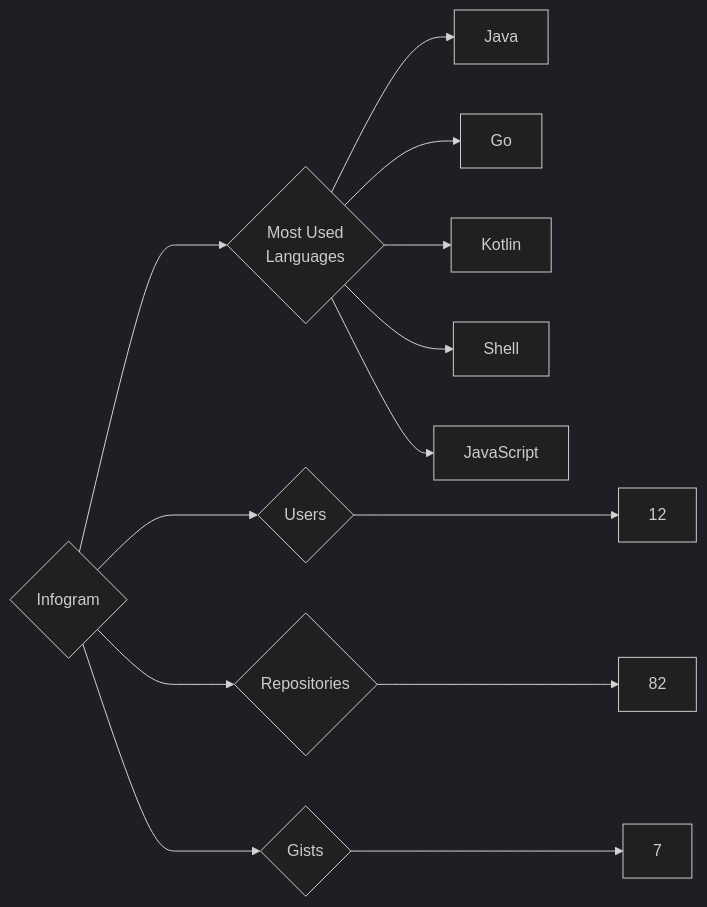
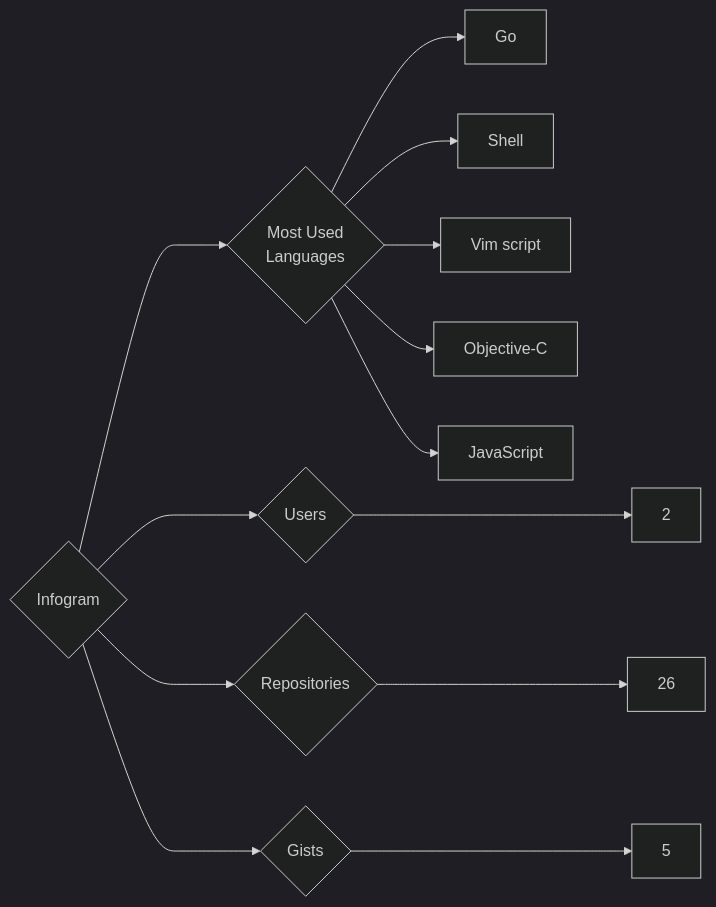
The diagram in targets/Infogram/README.md (trickest/insiders), drawn with Mermaid (dark theme) before and after one commit. The commit also changed 932 other files, not shown here.

````diff
--- a/targets/Infogram/README.md
+++ b/targets/Infogram/README.md
@@ -3,13 +3,13 @@
 ```mermaid
 graph LR
 COMPANY_NAME{Infogram}
-COMPANY_NAME ---> U{Users} ---> UN[12]
-COMPANY_NAME ---> R{Repositories} ---> RN[82]
-COMPANY_NAME ---> G{Gists} ---> GN[7]
+COMPANY_NAME ---> U{Users} ---> UN[2]
+COMPANY_NAME ---> R{Repositories} ---> RN[26]
+COMPANY_NAME ---> G{Gists} ---> GN[5]
 COMPANY_NAME ---> ML{Most Used<br>Languages}
-ML --> Java[Java]
 ML --> Go[Go]
-ML --> Kotlin[Kotlin]
 ML --> Shell[Shell]
+ML --> Vim_script[Vim script]
+ML --> Objective-C[Objective-C]
 ML --> JavaScript[JavaScript]
 ```
````
